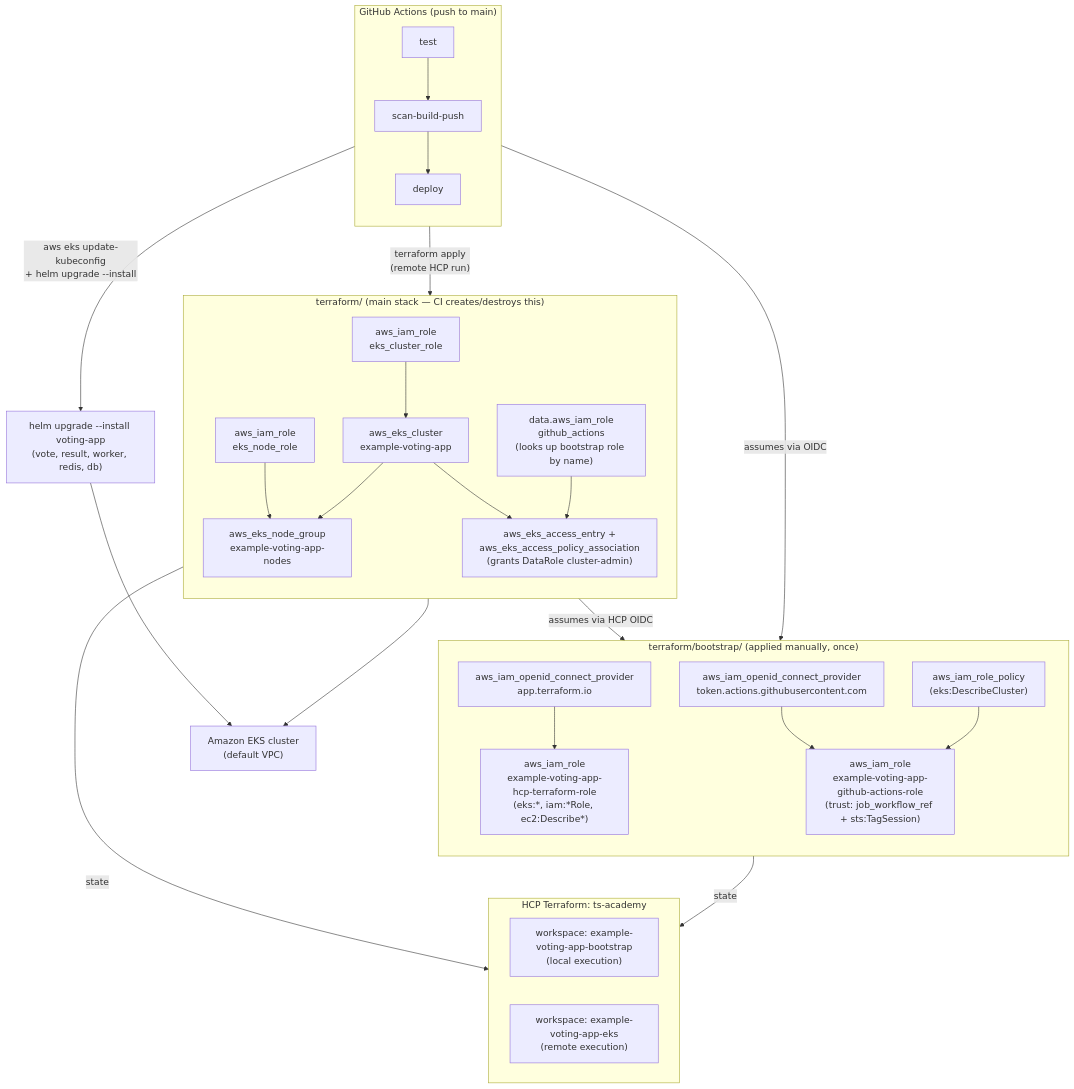
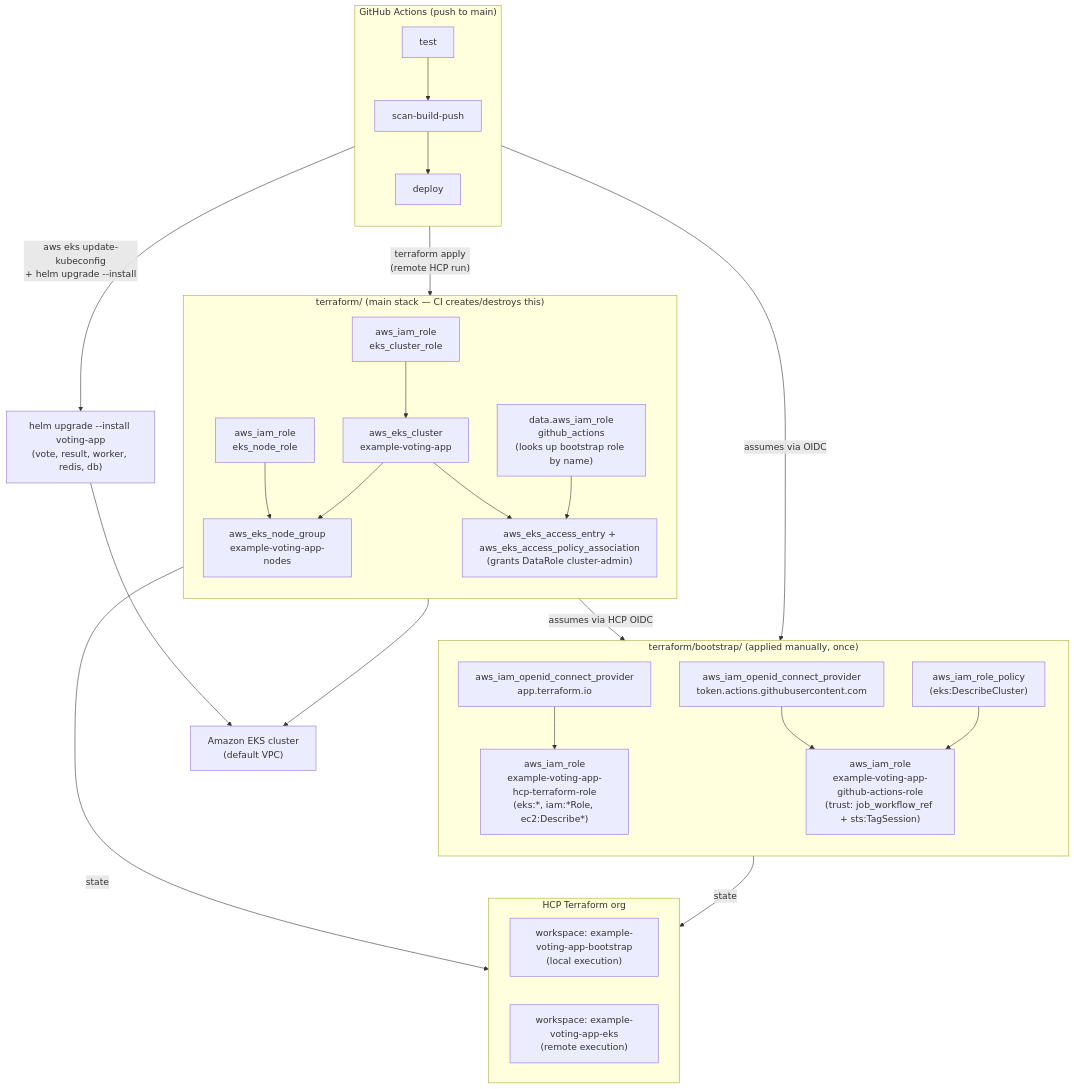
The diagram in terraform-architecture.md (Innocent-Ogesiano/example-voting-app), drawn with Mermaid before and after one commit. The commit also changed other lines of this file and 6 other files, not shown here.

````diff
--- a/terraform-architecture.md
+++ b/terraform-architecture.md
@@ -9,56 +9,56 @@
 ```mermaid
 flowchart TB
     subgraph CI["GitHub Actions (push to main)"]
         direction TB
         T1[test]
         T2[scan-build-push]
         T3[deploy]
         T1 --> T2 --> T3
     end
 
-    subgraph S3["HCP Terraform: ts-academy"]
+    subgraph S3["HCP Terraform org"]
         direction LR
         S1["workspace: example-voting-app-bootstrap\n(local execution)"]
         S2["workspace: example-voting-app-eks\n(remote execution)"]
     end
 
     subgraph Bootstrap["terraform/bootstrap/ (applied manually, once)"]
         direction TB
         OIDC["aws_iam_openid_connect_provider\ntoken.actions.githubusercontent.com"]
         Role["aws_iam_role\nexample-voting-app-github-actions-role\n(trust: job_workflow_ref + sts:TagSession)"]
         Policy["aws_iam_role_policy\n(eks:DescribeCluster)"]
         HcpOIDC["aws_iam_openid_connect_provider\napp.terraform.io"]
         HcpRole["aws_iam_role\nexample-voting-app-hcp-terraform-role\n(eks:*, iam:*Role, ec2:Describe*)"]
         HcpOIDC --> HcpRole
         OIDC --> Role
         Policy --> Role
     end
 
     subgraph Main["terraform/ (main stack — CI creates/destroys this)"]
         direction TB
         DataRole["data.aws_iam_role\ngithub_actions\n(looks up bootstrap role by name)"]
         ClusterRole["aws_iam_role\neks_cluster_role"]
         NodeRole["aws_iam_role\neks_node_role"]
         Cluster["aws_eks_cluster\nexample-voting-app"]
         NodeGroup["aws_eks_node_group\nexample-voting-app-nodes"]
         AccessEntry["aws_eks_access_entry +\naws_eks_access_policy_association\n(grants DataRole cluster-admin)"]
 
         ClusterRole --> Cluster
         NodeRole --> NodeGroup
         Cluster --> NodeGroup
         Cluster --> AccessEntry
         DataRole --> AccessEntry
     end
 
     EKS["Amazon EKS cluster\n(default VPC)"]
     Helm["helm upgrade --install voting-app\n(vote, result, worker, redis, db)"]
 
     T3 -- "assumes via OIDC" --> Role
     T3 -- "terraform apply\n(remote HCP run)" --> Main
     Main -- "assumes via HCP OIDC" --> HcpRole
     Main -- "state" --> S2
     Bootstrap -- "state" --> S1
     NodeGroup --> EKS
     T3 -- "aws eks update-kubeconfig\n+ helm upgrade --install" --> Helm
     Helm --> EKS
 ```
````
